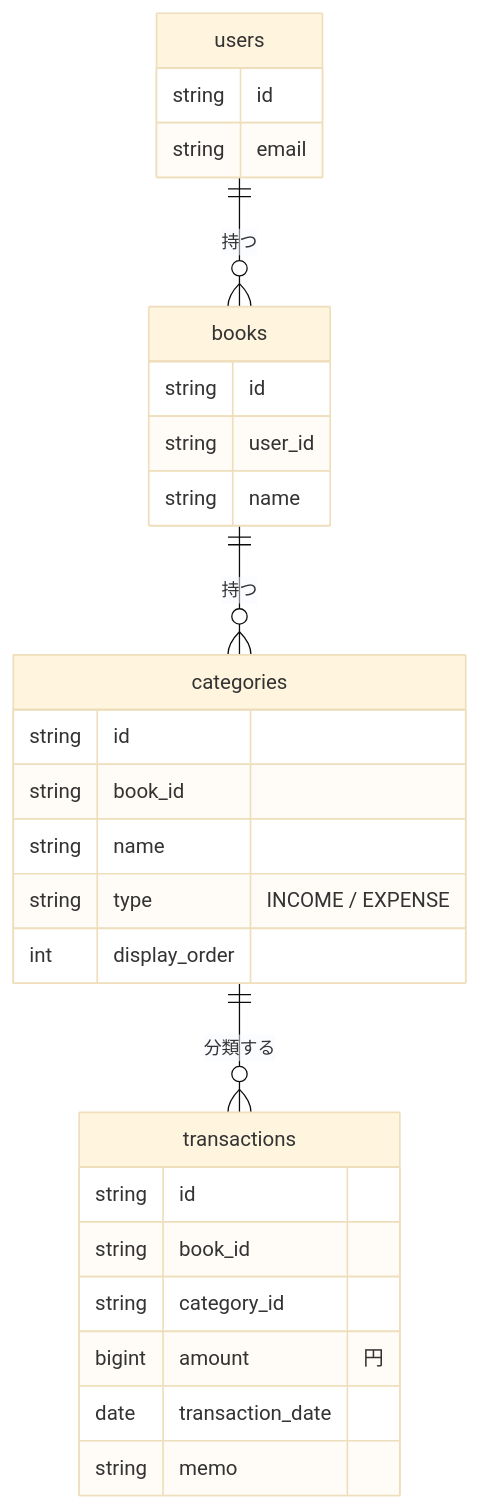
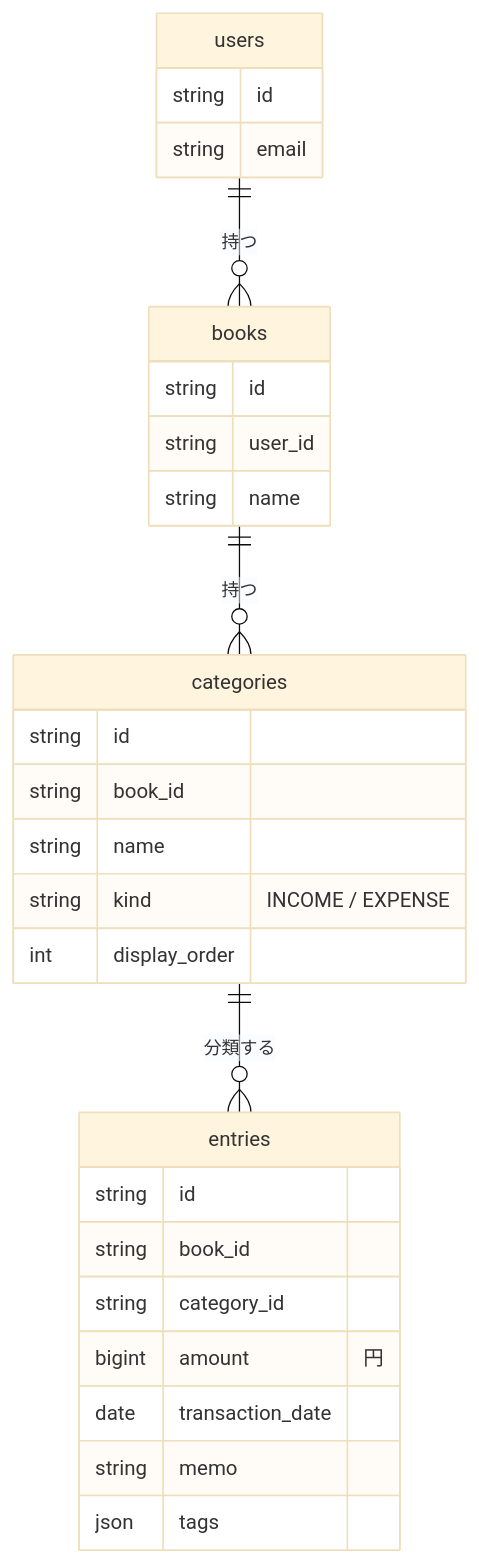
Before and after one commit to NakamuraKazki051/finance-manager-app: the second of 2 diagrams in README.md, drawn with Mermaid (base theme). The commit also changed other lines of this file and 144 other files, not shown here.

````diff
--- a/README.md
+++ b/README.md
@@ -85,10 +98,10 @@
 ```mermaid
 erDiagram
     users ||--o{ books : "持つ"
     books ||--o{ categories : "持つ"
-    categories ||--o{ transactions : "分類する"
+    categories ||--o{ entries : "分類する"
     users { string id string email }
     books { string id string user_id string name }
-    categories { string id string book_id string name string type "INCOME / EXPENSE" int display_order }
-    transactions { string id string book_id string category_id bigint amount "円" date transaction_date string memo }
+    categories { string id string book_id string name string kind "INCOME / EXPENSE" int display_order }
+    entries { string id string book_id string category_id bigint amount "円" date transaction_date string memo json tags }
 ```
````
